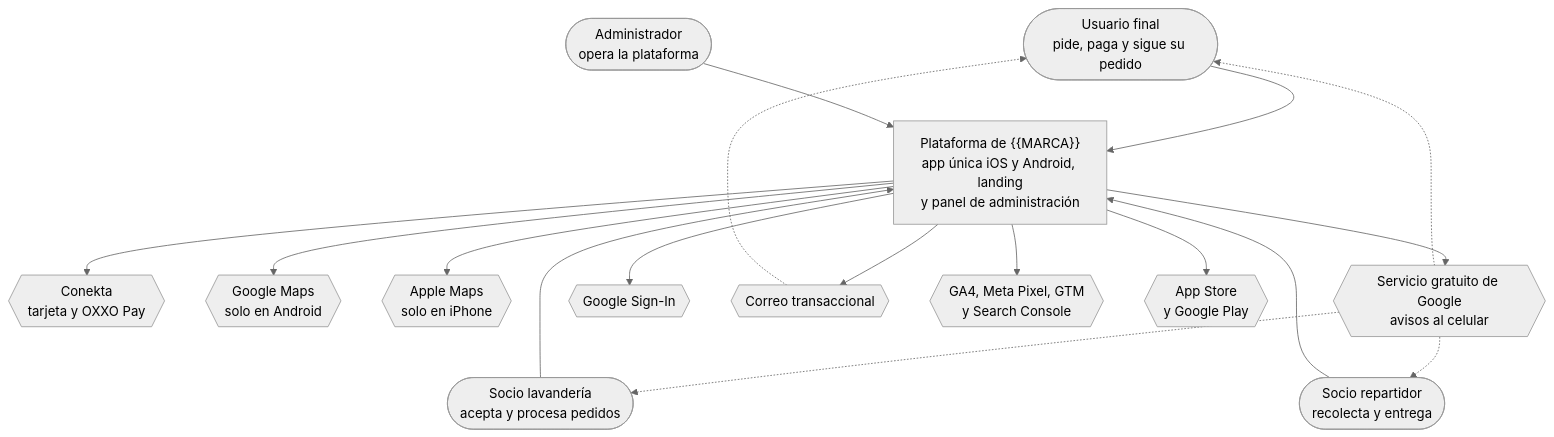
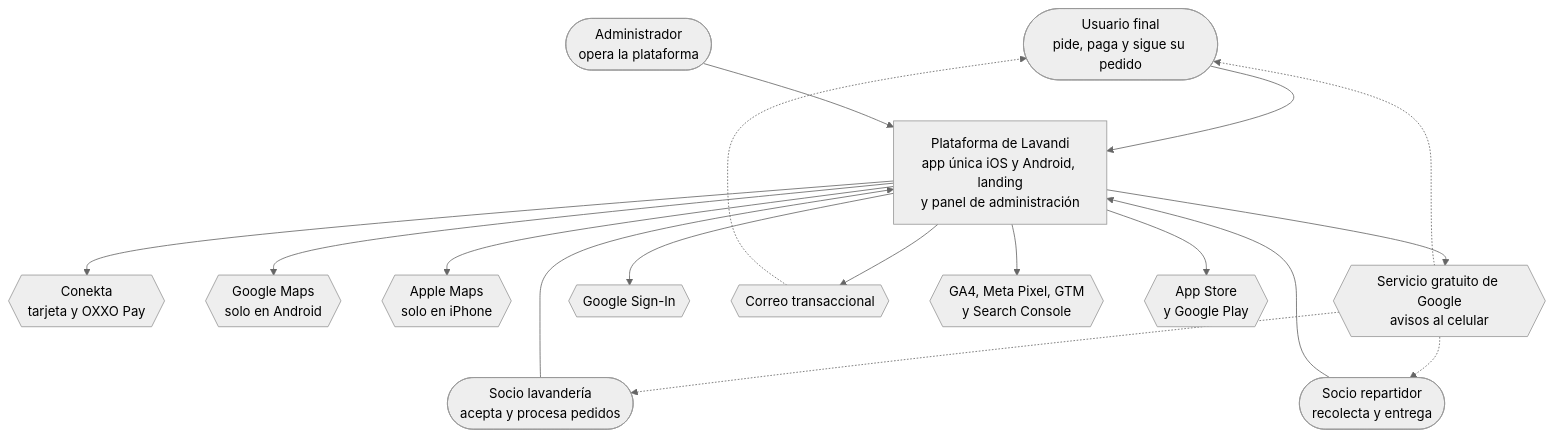
Before and after one commit to AsberNaranjo/Lavandi: the diagram in vault/arquitectura/c1-contexto.md, drawn with Mermaid (neutral theme). The commit also changed 7 other files, not shown here.

````diff
--- a/vault/arquitectura/c1-contexto.md
+++ b/vault/arquitectura/c1-contexto.md
@@ -31,37 +31,37 @@
 ```mermaid
 flowchart TB
     usuario(["Usuario final<br/>pide, paga y sigue su pedido"])
     socioLav(["Socio lavandería<br/>acepta y procesa pedidos"])
     socioRep(["Socio repartidor<br/>recolecta y entrega"])
     admin(["Administrador<br/>opera la plataforma"])
 
-    sistema["Plataforma de {{MARCA}}<br/>app única iOS y Android, landing<br/>y panel de administración"]
+    sistema["Plataforma de Lavandi<br/>app única iOS y Android, landing<br/>y panel de administración"]
 
     conekta{{"Conekta<br/>tarjeta y OXXO Pay"}}
     mapasG{{"Google Maps<br/>solo en Android"}}
     mapasA{{"Apple Maps<br/>solo en iPhone"}}
     push{{"Servicio gratuito de Google<br/>avisos al celular"}}
     gsignin{{"Google Sign-In"}}
     correo{{"Correo transaccional"}}
     medicion{{"GA4, Meta Pixel, GTM<br/>y Search Console"}}
     tiendas{{"App Store<br/>y Google Play"}}
 
     usuario --> sistema
     socioLav --> sistema
     socioRep --> sistema
     admin --> sistema
 
     sistema --> conekta
     sistema --> mapasG
     sistema --> mapasA
     sistema --> push
     sistema --> gsignin
     sistema --> correo
     sistema --> medicion
     sistema --> tiendas
 
     push -.-> usuario
     push -.-> socioLav
     push -.-> socioRep
     correo -.-> usuario
 ```
````
